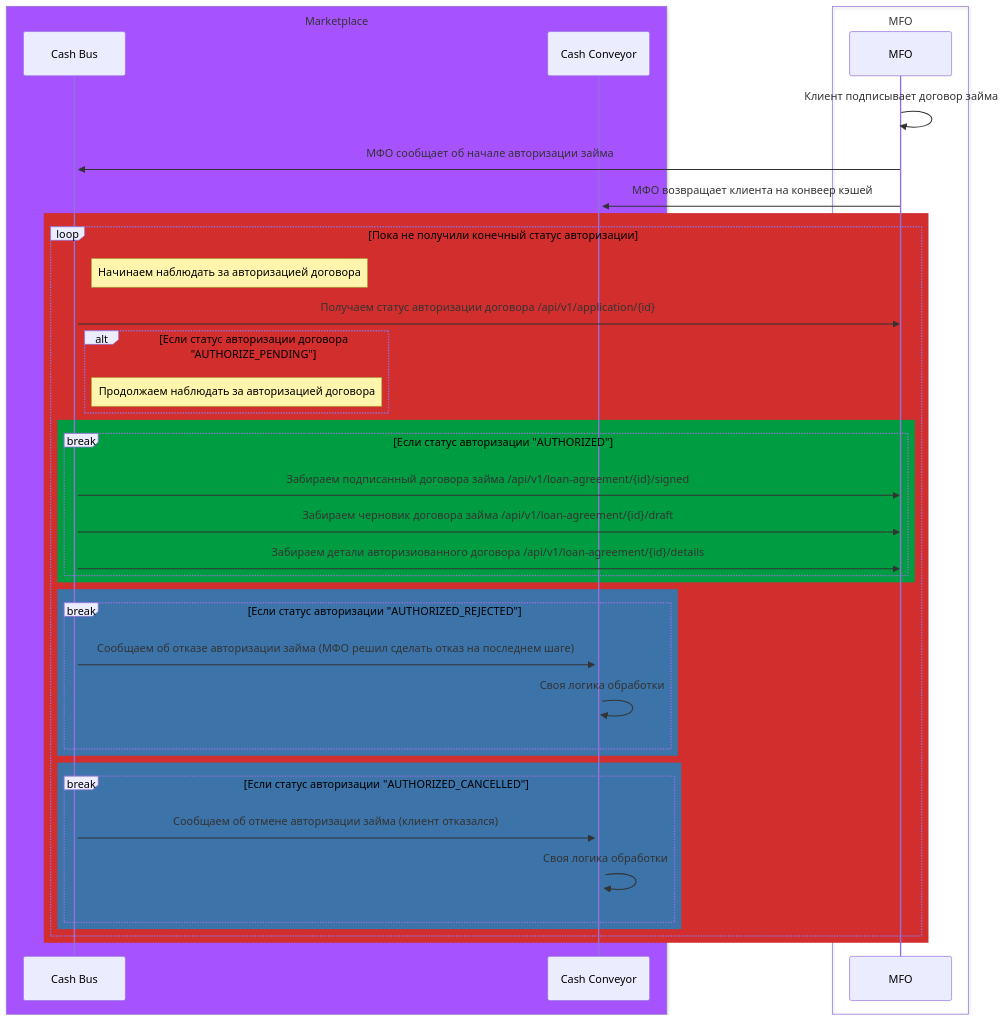
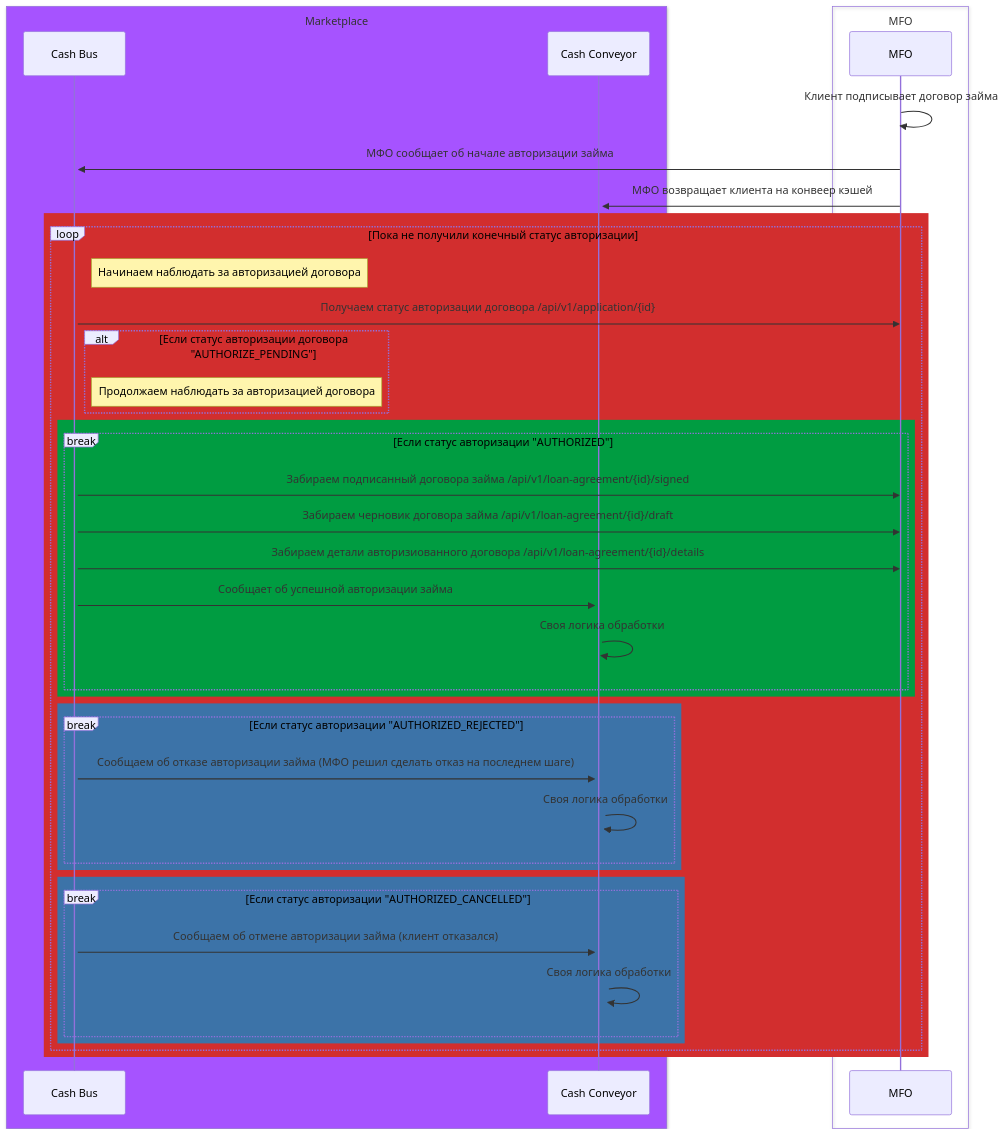
Before and after one commit to VantaFinance/cash: the third of 3 diagrams in mfo/mfo.md, drawn with Mermaid. The commit also changed other lines of this file and 1 other file, not shown here.

````diff
--- a/mfo/mfo.md
+++ b/mfo/mfo.md
@@ -87,54 +100,57 @@
 ```mermaid
 sequenceDiagram
 
 box rgb(166,83, 266) Marketplace
     participant Cash Bus
     participant Cash Conveyor
 end
 
 box MFO
     participant MFO
 end
 
 MFO ->> MFO : Клиент подписывает договор займа
 MFO ->>+ Cash Bus : МФО сообщает об начале авторизации займа
 MFO ->>+ Cash Conveyor : МФО возвращает клиента на конвеер кэшей
 
 
 rect rgb(210, 46,46)
     loop Пока не получили конечный статус авторизации
         Note right of Cash Bus: Начинаем наблюдать за авторизацией договора
         Cash Bus ->> MFO:  Получаем статус авторизации договора /api/v1/application/{id}
 
         alt Если статус авторизации договора "AUTHORIZE_PENDING"
             Note right of Cash Bus: Продолжаем наблюдать за авторизацией договора
         end
 
         rect rgb(0, 156, 65)
             break Если статус авторизации "AUTHORIZED"
                 Cash Bus->>MFO: Забираем подписанный договора займа /api/v1/loan-agreement/{id}/signed
                 Cash Bus->>MFO: Забираем черновик договора займа /api/v1/loan-agreement/{id}/draft
                 Cash Bus->>MFO: Забираем детали авторизиованного договора /api/v1/loan-agreement/{id}/details
+                
+                Cash Bus->>Cash Conveyor: Сообщает об успешной авторизации займа
+                Cash Conveyor->>+Cash Conveyor: Своя логика обработки
             end
         end
 
 
         rect rgb(60, 115, 168)
             break Если статус авторизации "AUTHORIZED_REJECTED"
                 Cash Bus->>Cash Conveyor: Сообщаем об отказе авторизации займа (МФО решил сделать отказ на последнем шаге)
                 Cash Conveyor->>+Cash Conveyor: Своя логика обработки
             end
         end
 
 
 
         rect rgb(60, 115, 168)
             break Если статус авторизации "AUTHORIZED_CANCELLED"
                 Cash Bus->>Cash Conveyor: Сообщаем об отмене авторизации займа (клиент отказался)
                 Cash Conveyor->>+Cash Conveyor: Своя логика обработки
             end
         end
         
     end
 end
 ```
````
